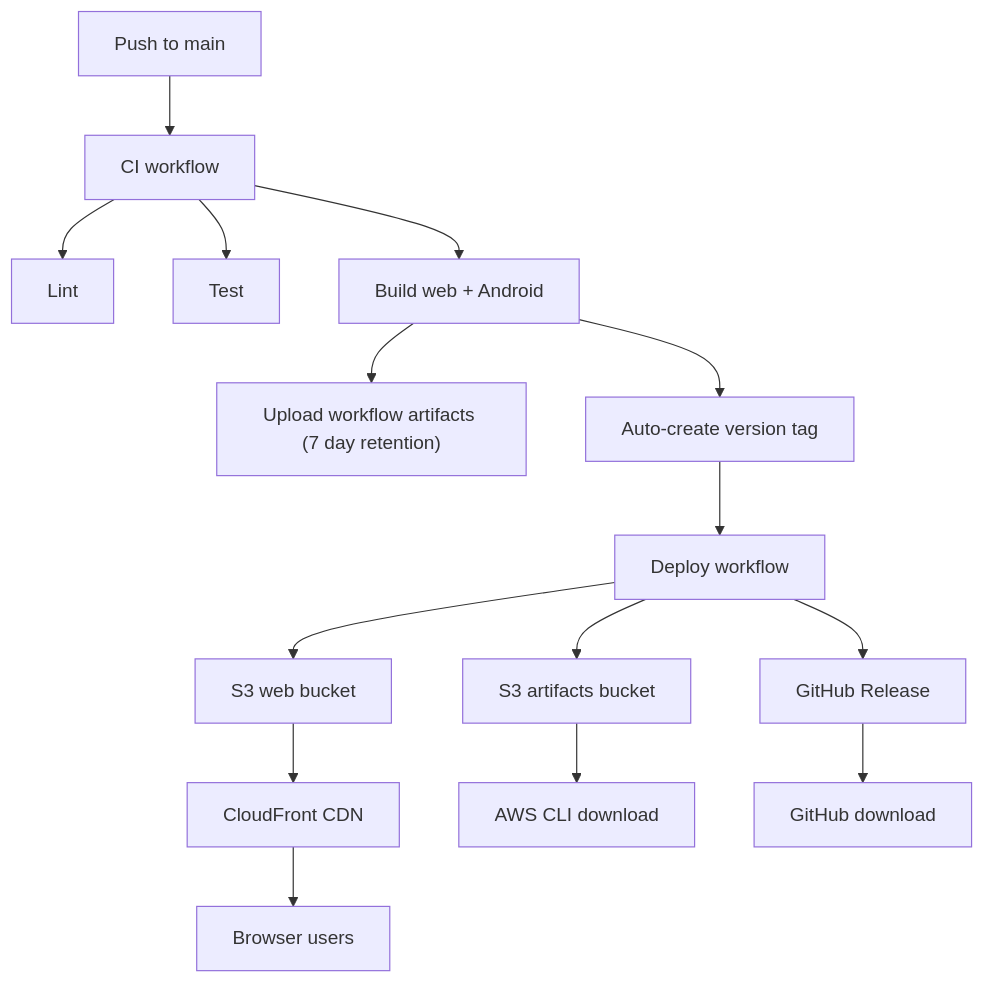
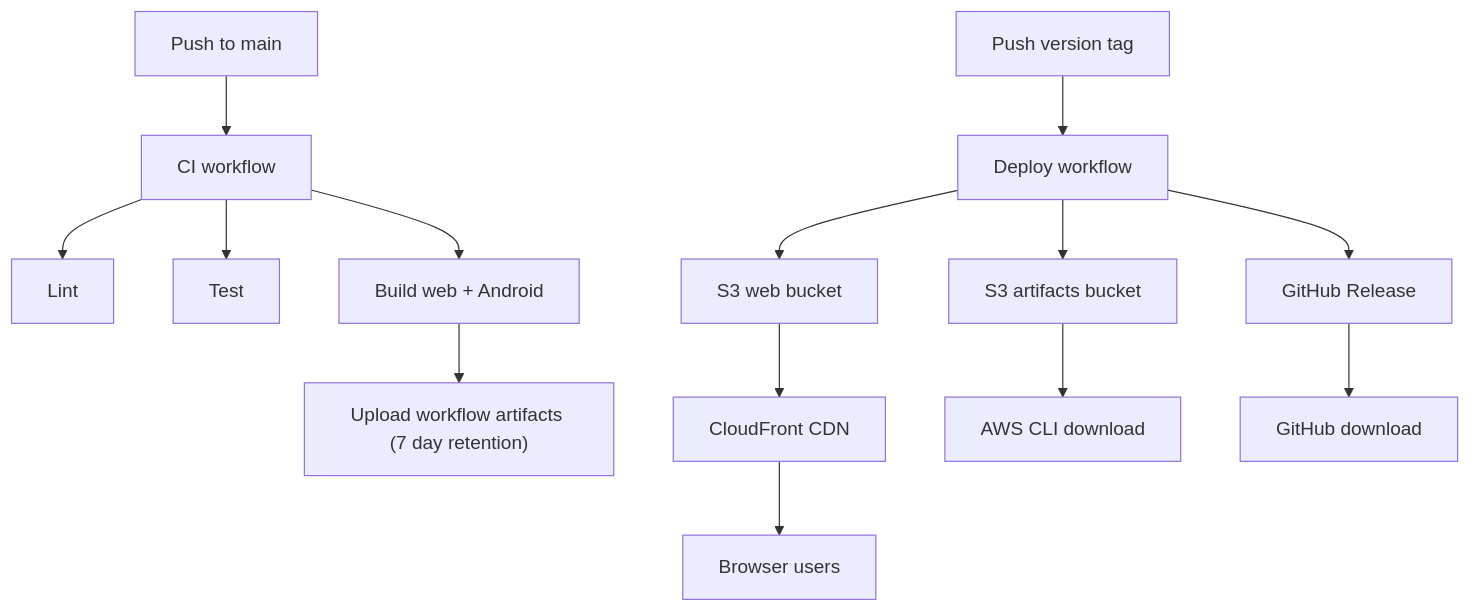
One commit to aram-cuu/march-sudoku changed the fifth of 6 diagrams in docs/architecture.md. Above: the diagram before and after it, drawn with Mermaid. The commit also changed other lines of this file and 4 other files, not shown here.

````diff
--- a/docs/architecture.md
+++ b/docs/architecture.md
@@ -129,17 +129,16 @@
 ```mermaid
 flowchart TD
     Push["Push to main"] --> CI["CI workflow"]
     CI --> Lint["Lint"]
     CI --> Test["Test"]
     CI --> Build["Build web + Android"]
     Build --> Artifacts["Upload workflow artifacts (7 day retention)"]
-    Build --> Tag["Auto-create version tag"]
-    Tag --> Deploy["Deploy workflow"]
+    Tag["Push version tag"] --> Deploy["Deploy workflow"]
     Deploy --> S3Web["S3 web bucket"]
     Deploy --> S3Apk["S3 artifacts bucket"]
     Deploy --> Release["GitHub Release"]
     S3Web --> CF["CloudFront CDN"]
     CF --> Browser["Browser users"]
     S3Apk --> Download["AWS CLI download"]
     Release --> GHDownload["GitHub download"]
 ```
````
